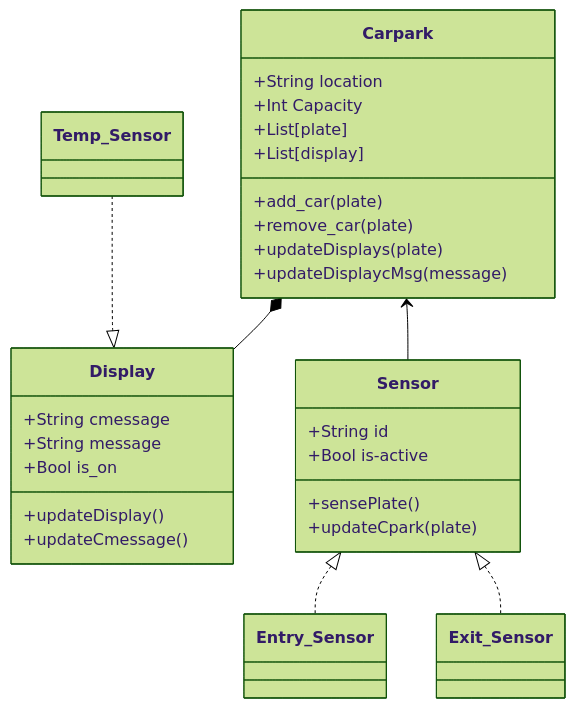
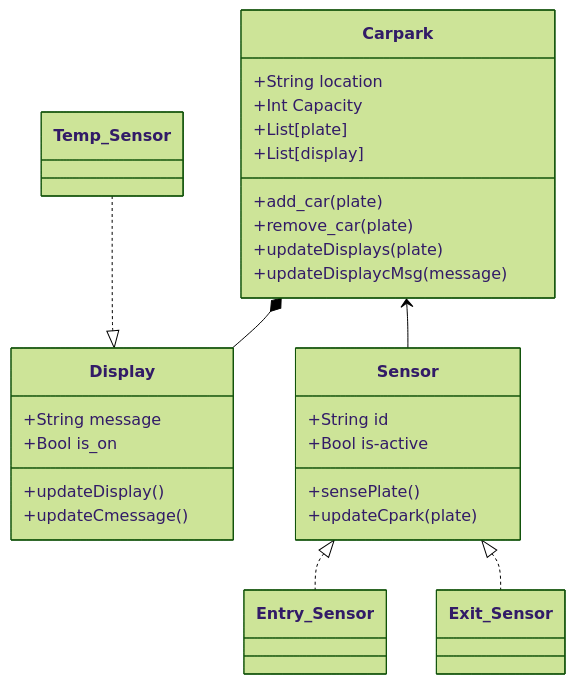
Before and after one commit to Danyl1310/at3-ipriot-car-park-prj: the diagram in Plan.md, drawn with Mermaid (forest theme). The commit also changed 5 other files, not shown here.

````diff
--- a/Plan.md
+++ b/Plan.md
@@ -3,36 +3,35 @@
 ```mermaid
 classDiagram
     
 class Carpark {
     +String location
     +Int Capacity
     +List[plate]
     +List[display]
     +add_car(plate)
     +remove_car(plate)
     +updateDisplays(plate)
     +updateDisplaycMsg(message)
     
 }
 
 class Display {
-    +String cmessage
     +String message
     +Bool is_on
     +updateDisplay()
     +updateCmessage()
 }
 
 class Sensor {
     +String id
     +Bool is-active
     +sensePlate()
     +updateCpark(plate)
 }
 Sensor <|.. Entry_Sensor
 Sensor <|.. Exit_Sensor
 Carpark *-- Display
 Carpark <-- Sensor
 Temp_Sensor ..|> Display
 
 ```
````
